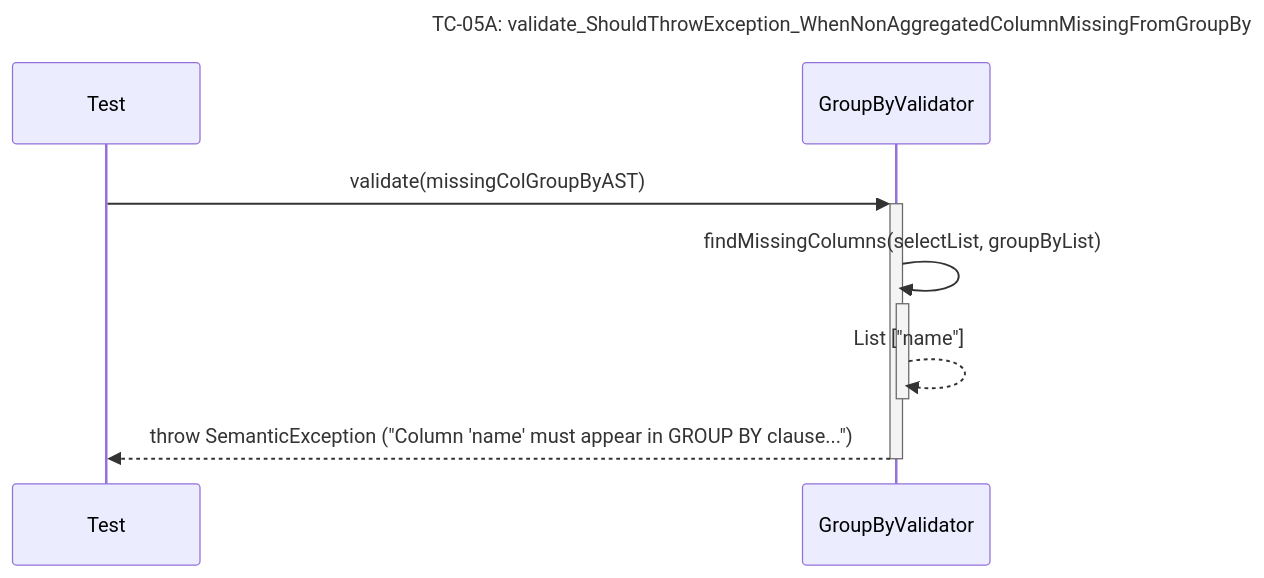
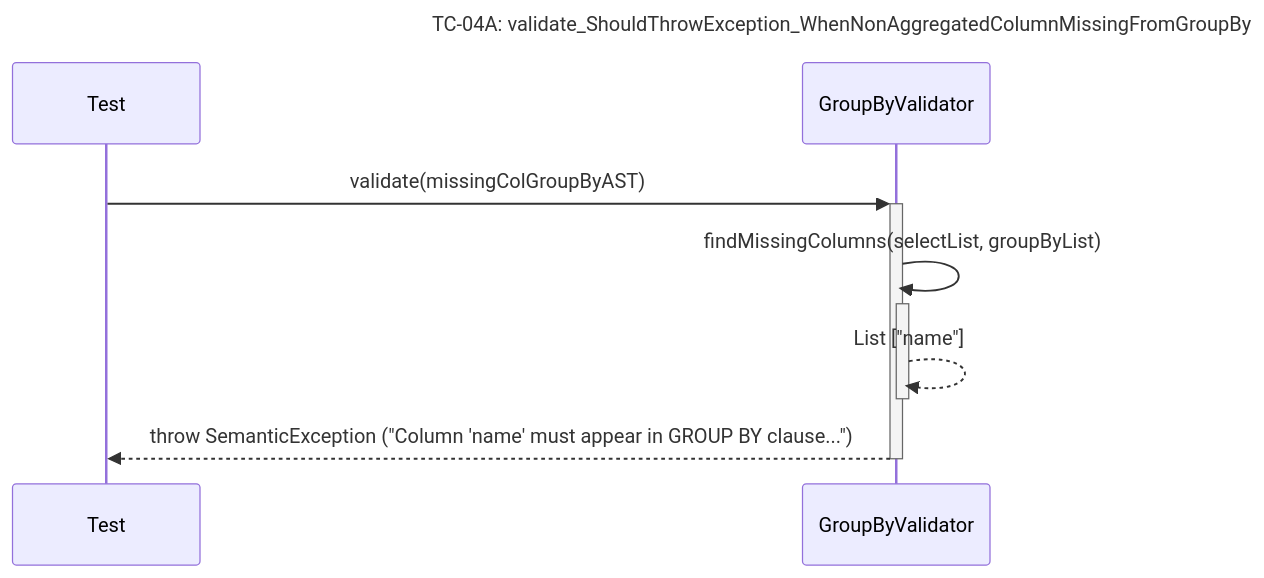
Before and after one commit to Dikhang1112/Database_Management_BBV: diagram 17 of 24 in docs/unit_test/query_prossor/SequeceTestCase.md, drawn with Mermaid. The commit also changed other lines of this file and 16 other files, not shown here.

````diff
--- a/docs/unit_test/query_prossor/SequeceTestCase.md
+++ b/docs/unit_test/query_prossor/SequeceTestCase.md
@@ -348,11 +252,11 @@
 ```mermaid
 sequenceDiagram
-    title TC-05A: validate_ShouldThrowException_WhenNonAggregatedColumnMissingFromGroupBy
+    title TC-04A: validate_ShouldThrowException_WhenNonAggregatedColumnMissingFromGroupBy
     participant Test
     participant GroupByValidator
 
     Test->>+GroupByValidator: validate(missingColGroupByAST)
     GroupByValidator->>+GroupByValidator: findMissingColumns(selectList, groupByList)
     GroupByValidator-->>-GroupByValidator: List ["name"]
     GroupByValidator-->>-Test: throw SemanticException ("Column 'name' must appear in GROUP BY clause...")
 ```
````
